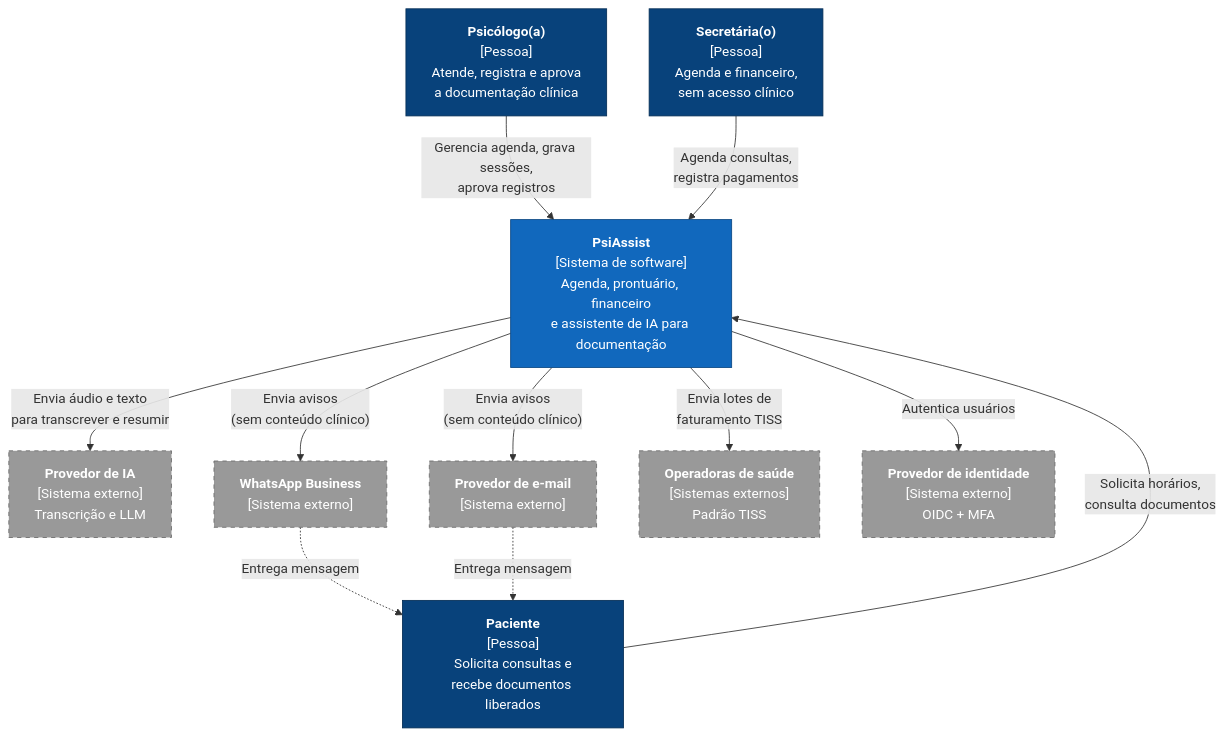
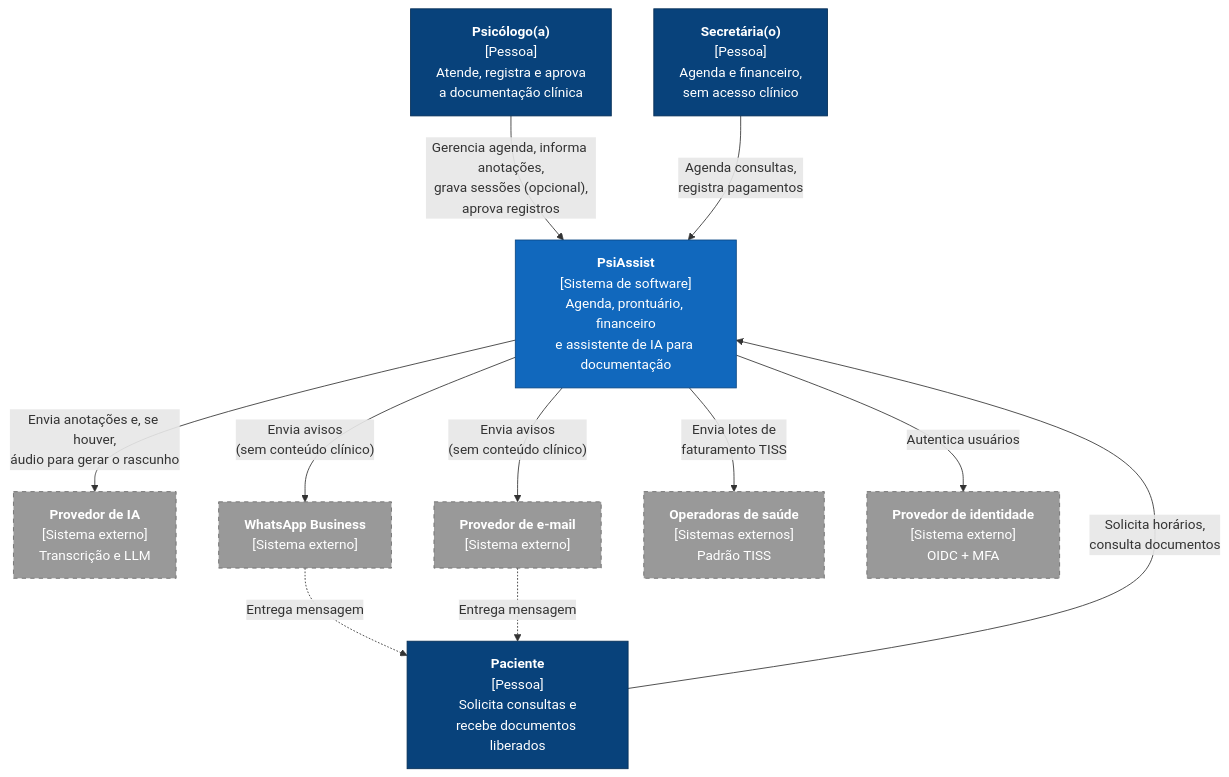
One commit to lgpsouza/psiassist-arquitetura changed the first of 4 diagrams in README.md. Above: the diagram before and after it, drawn with Mermaid. The commit also changed other lines of this file, not shown here.

First line of the commit message:
docs: gravação opcional e IA gera conteúdo a partir do psicólogo

````diff
--- a/README.md
+++ b/README.md
@@ -147,34 +150,34 @@
 ```mermaid
 flowchart TB
     psi["<b>Psicólogo(a)</b><br/>[Pessoa]<br/>Atende, registra e aprova<br/>a documentação clínica"]
     sec["<b>Secretária(o)</b><br/>[Pessoa]<br/>Agenda e financeiro,<br/>sem acesso clínico"]
     pac["<b>Paciente</b><br/>[Pessoa]<br/>Solicita consultas e<br/>recebe documentos liberados"]
 
     psiassist["<b>PsiAssist</b><br/>[Sistema de software]<br/>Agenda, prontuário, financeiro<br/>e assistente de IA para documentação"]
 
     ia["<b>Provedor de IA</b><br/>[Sistema externo]<br/>Transcrição e LLM"]
     wpp["<b>WhatsApp Business</b><br/>[Sistema externo]"]
     mail["<b>Provedor de e-mail</b><br/>[Sistema externo]"]
     ops["<b>Operadoras de saúde</b><br/>[Sistemas externos]<br/>Padrão TISS"]
     idp["<b>Provedor de identidade</b><br/>[Sistema externo]<br/>OIDC + MFA"]
 
-    psi -- "Gerencia agenda, grava sessões,<br/>aprova registros" --> psiassist
+    psi -- "Gerencia agenda, informa anotações,<br/>grava sessões (opcional),<br/>aprova registros" --> psiassist
     sec -- "Agenda consultas,<br/>registra pagamentos" --> psiassist
     pac -- "Solicita horários,<br/>consulta documentos" --> psiassist
 
-    psiassist -- "Envia áudio e texto<br/>para transcrever e resumir" --> ia
+    psiassist -- "Envia anotações e, se houver,<br/>áudio para gerar o rascunho" --> ia
     psiassist -- "Envia avisos<br/>(sem conteúdo clínico)" --> wpp
     psiassist -- "Envia avisos<br/>(sem conteúdo clínico)" --> mail
     psiassist -- "Envia lotes de<br/>faturamento TISS" --> ops
     psiassist -- "Autentica usuários" --> idp
 
     wpp -. "Entrega mensagem" .-> pac
     mail -. "Entrega mensagem" .-> pac
 
     classDef person fill:#08427b,stroke:#052e56,color:#fff
     classDef system fill:#1168bd,stroke:#0b4884,color:#fff
     classDef external fill:#999999,stroke:#6b6b6b,color:#fff,stroke-dasharray:5 5
     class psi,sec,pac person
     class psiassist system
     class ia,wpp,mail,ops,idp external
 ```
````
